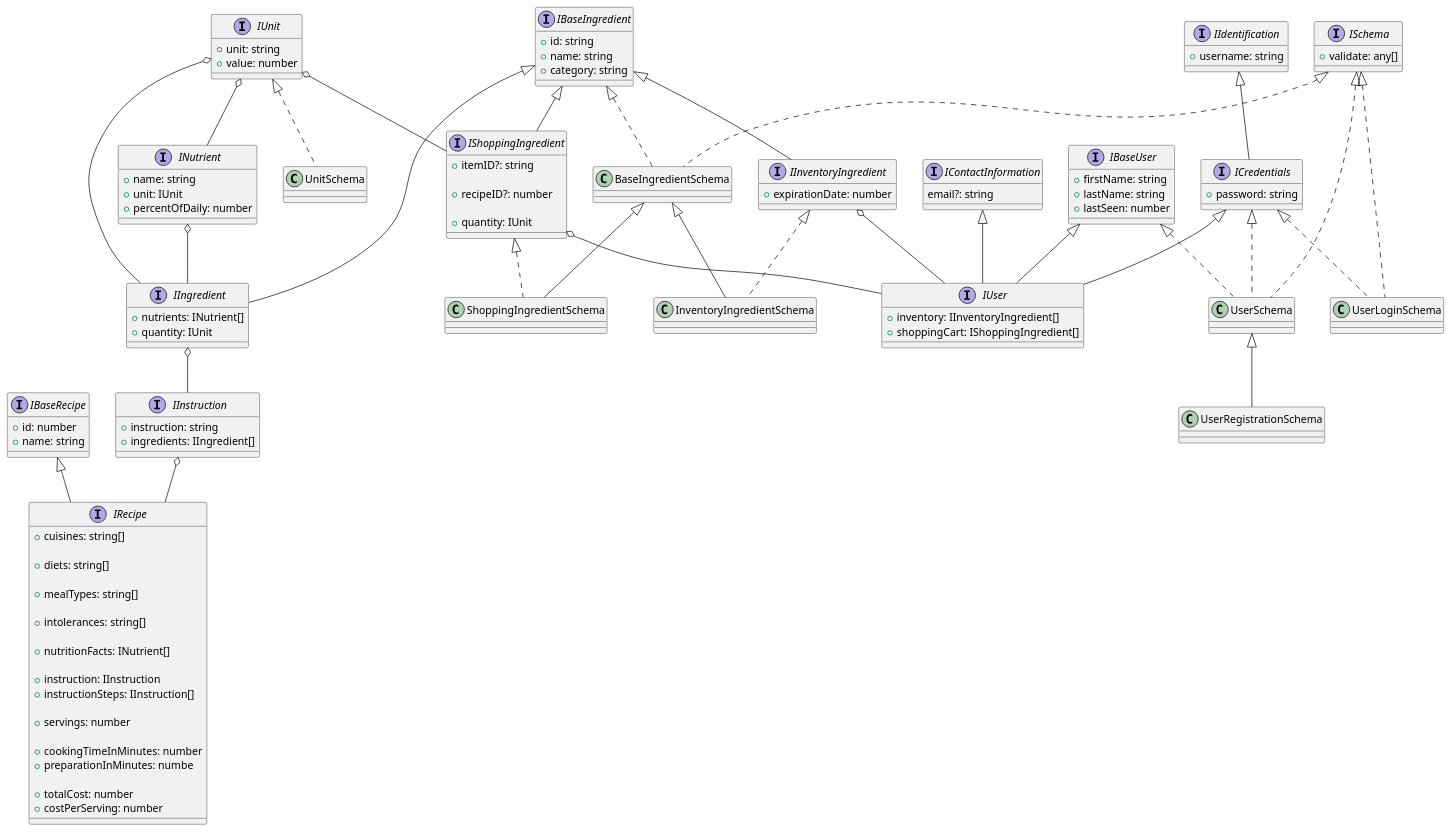
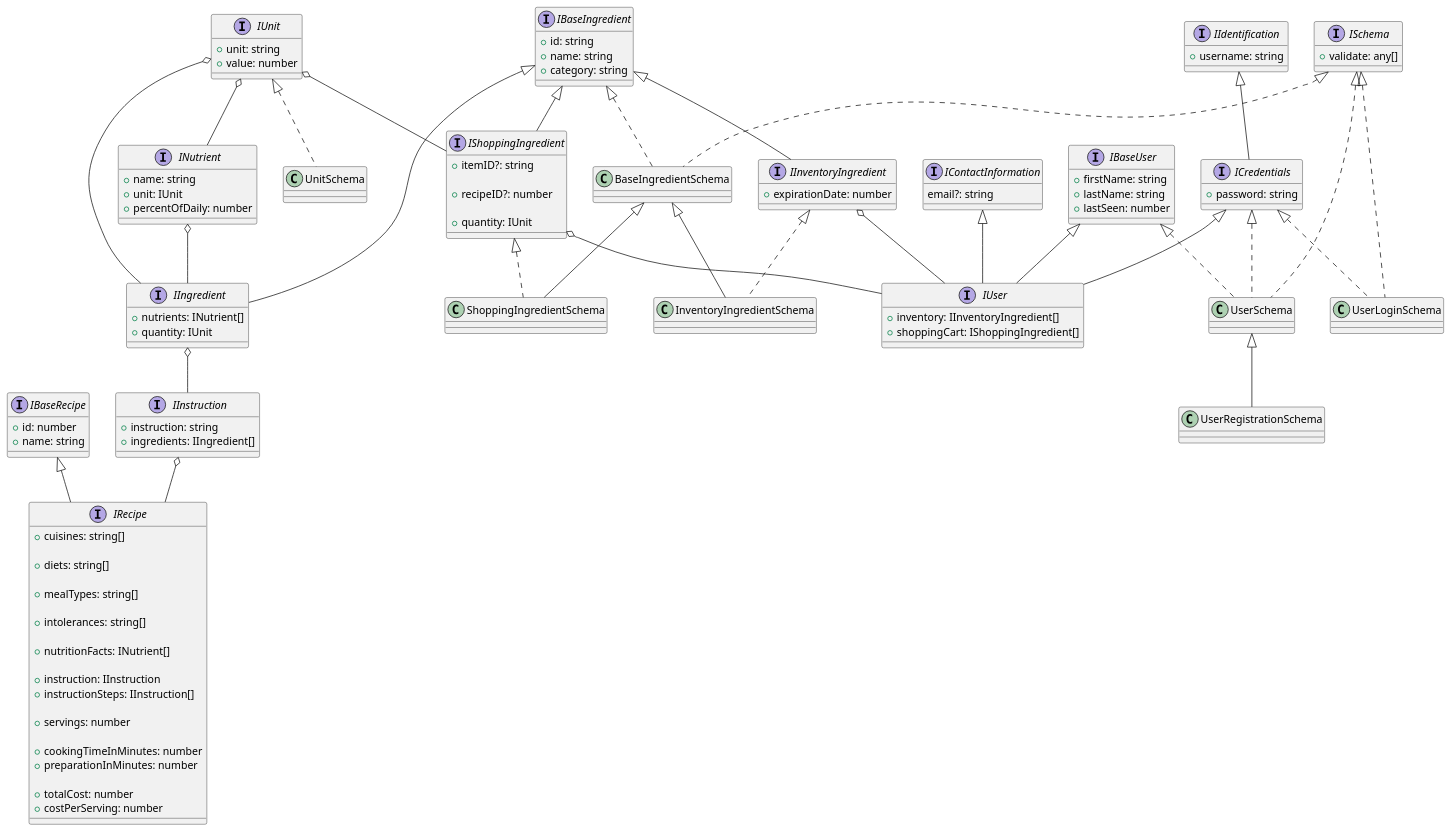
The diagram in DataModel.puml (COP4331-LargeGroupProject-Fall22/backend), drawn with PlantUML before and after one commit. The commit also changed 1 other file, not shown here.

```diff
--- a/DataModel.puml
+++ b/DataModel.puml
@@ -1,118 +1,118 @@
 @startuml
 
 interface IBaseRecipe {
     + id: number
     + name: string
 }
 
 interface IRecipe extends IBaseRecipe {
     + cuisines: string[]
 
     + diets: string[] 
-    
+
     + mealTypes: string[]
-    
+
     + intolerances: string[]
-    
+
     + nutritionFacts: INutrient[]
-    
+
     + instruction: IInstruction
     + instructionSteps: IInstruction[]
-    
+
     + servings: number
-    
+
     + cookingTimeInMinutes: number
-    + preparationInMinutes: numbe
-    
+    + preparationInMinutes: number
+
     + totalCost: number
     + costPerServing: number
 }
 
 IInstruction o-- IRecipe
 
 interface IInstruction {
     + instruction: string
     + ingredients: IIngredient[]
 }
 
 IIngredient o-- IInstruction
 
 interface IBaseUser {
     + firstName: string
     + lastName: string
     + lastSeen: number
 }
 
 interface IIdentification {
     + username: string
 }
 
 interface IContactInformation {
     email?: string
 }
 
 interface ICredentials extends IIdentification {
     + password: string
 }
 
 interface IBaseIngredient {
     + id: string
     + name: string
     + category: string
 }
 
 interface IIngredient extends IBaseIngredient {
     + nutrients: INutrient[]
     + quantity: IUnit
 }
 
 IUnit o-- IIngredient
 
 interface IInventoryIngredient extends IBaseIngredient {
     + expirationDate: number
 }
 
 interface IShoppingIngredient extends IBaseIngredient {
     + itemID?: string
 
     + recipeID?: number
     
     + quantity: IUnit
 }
 
 IUnit o-- IShoppingIngredient
 
 interface INutrient {
     + name: string
     + unit: IUnit
     + percentOfDaily: number
 }
 
 interface IUnit {
     + unit: string
     + value: number
 }
 
 interface IUser extends IBaseUser, ICredentials, IContactInformation {
     + inventory: IInventoryIngredient[]
     + shoppingCart: IShoppingIngredient[]
 }
 
 interface ISchema {
     + validate: any[]
 }
 
 class BaseIngredientSchema implements IBaseIngredient, ISchema {}
 class InventoryIngredientSchema extends BaseIngredientSchema implements IInventoryIngredient {}
 class ShoppingIngredientSchema extends BaseIngredientSchema implements IShoppingIngredient {}
 class UnitSchema implements IUnit {}
 class UserLoginSchema implements ICredentials, ISchema {}
 class UserRegistrationSchema extends UserSchema {}
 class UserSchema implements ISchema, IBaseUser, ICredentials {}
 
 IInventoryIngredient o-- IUser
 IShoppingIngredient o-- IUser
 INutrient o-- IIngredient
 IUnit o-- INutrient
 
 @enduml
```
